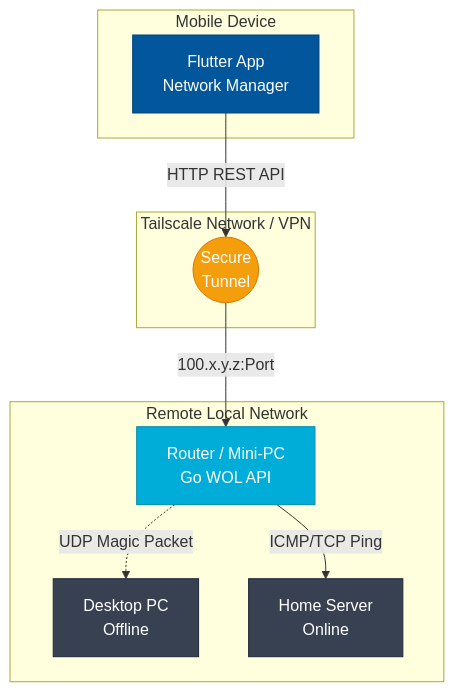
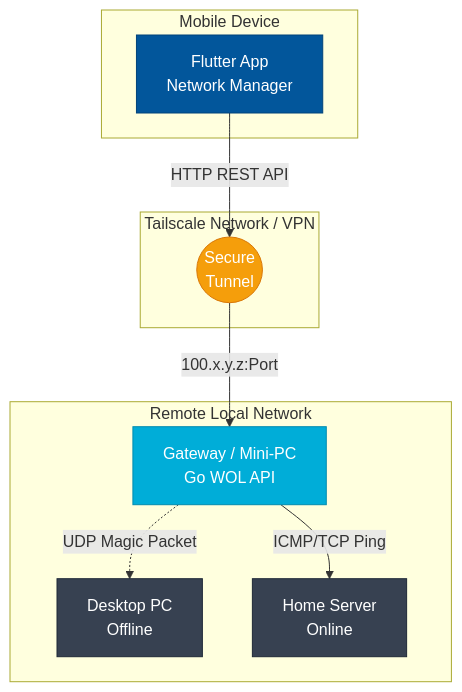
Before and after one commit to VOID575/Sandman: the first of 2 diagrams in README.md, drawn with Mermaid. The commit also changed other lines of this file, not shown here.

Commit message:
chore(Doc): Update architecture schemas in README according to changes

````diff
--- a/README.md
+++ b/README.md
@@ -39,32 +39,32 @@
 ```mermaid
 graph TD
     subgraph Client [Mobile Device]
         UI[Flutter App\nNetwork Manager]
     end
 
     subgraph VPN [Tailscale Network / VPN]
         Tunnel((Secure\nTunnel))
     end
 
     subgraph LAN [Remote Local Network]
-        Router[Router / Mini-PC\nGo WOL API]
+        Gateway[Gateway / Mini-PC\nGo WOL API]
         PC1[Desktop PC\nOffline]
         PC2[Home Server\nOnline]
     end
 
     UI -- HTTP REST API --> Tunnel
-    Tunnel -- 100.x.y.z:Port --> Router
+    Tunnel -- 100.x.y.z:Port --> Gateway
 
-    Router -. UDP Magic Packet .-> PC1
-    Router -- ICMP/TCP Ping --> PC2
+    Gateway -. UDP Magic Packet .-> PC1
+    Gateway -- ICMP/TCP Ping --> PC2
 
     classDef frontend fill:#02569B,stroke:#01437a,color:white;
     classDef backend fill:#00ADD8,stroke:#008baf,color:white;
     classDef infra fill:#374151,stroke:#1f2937,color:white;
     classDef network fill:#f59e0b,stroke:#d97706,color:white;
 
     class UI frontend;
-    class Router backend;
+    class Gateway backend;
     class Tunnel network;
     class PC1,PC2 infra;
 ```
````
